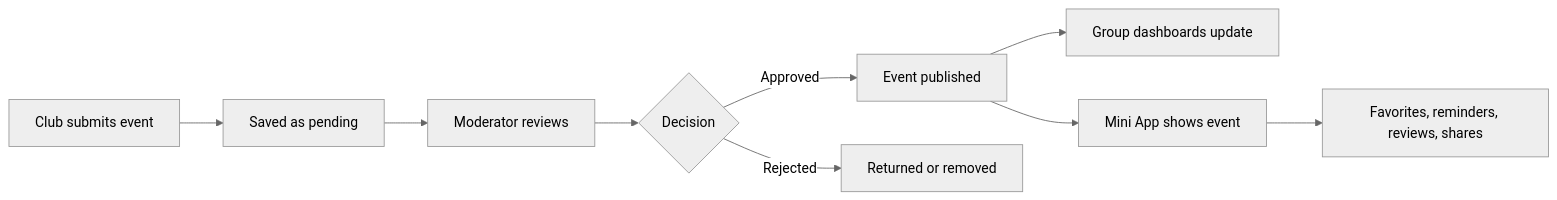
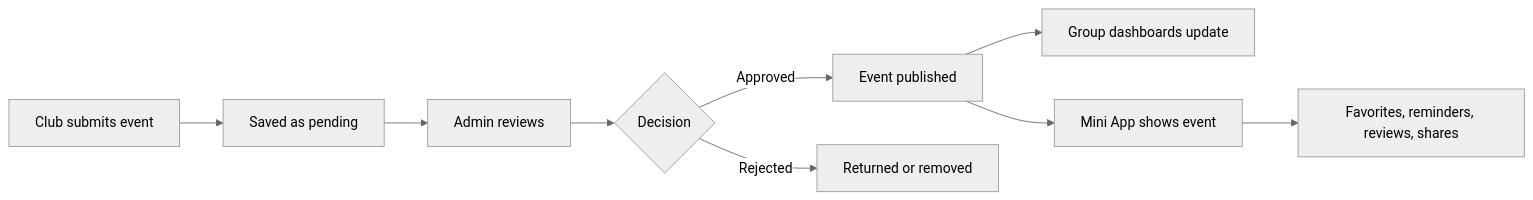
One commit to anxchywl/EventsBot changed the diagram in README.md. Above: the diagram before and after it, drawn with Mermaid (neutral theme). The commit also changed other lines of this file and 89 other files, not shown here.

````diff
--- a/README.md
+++ b/README.md
@@ -32,11 +32,11 @@
 ```mermaid
 flowchart LR
     A["Club submits event"] --> B["Saved as pending"]
-    B --> C["Moderator reviews"]
+    B --> C["Admin reviews"]
     C --> D{"Decision"}
     D -->|Approved| E["Event published"]
     D -->|Rejected| F["Returned or removed"]
     E --> G["Group dashboards update"]
     E --> H["Mini App shows event"]
     H --> I["Favorites, reminders, reviews, shares"]
 ```
````
